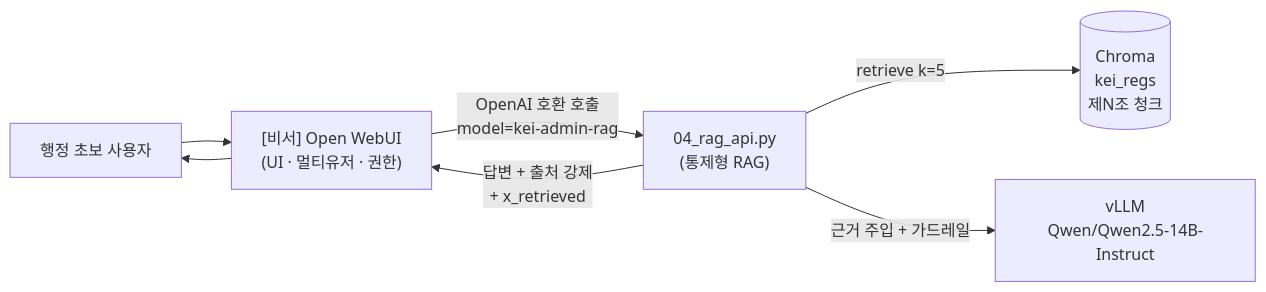
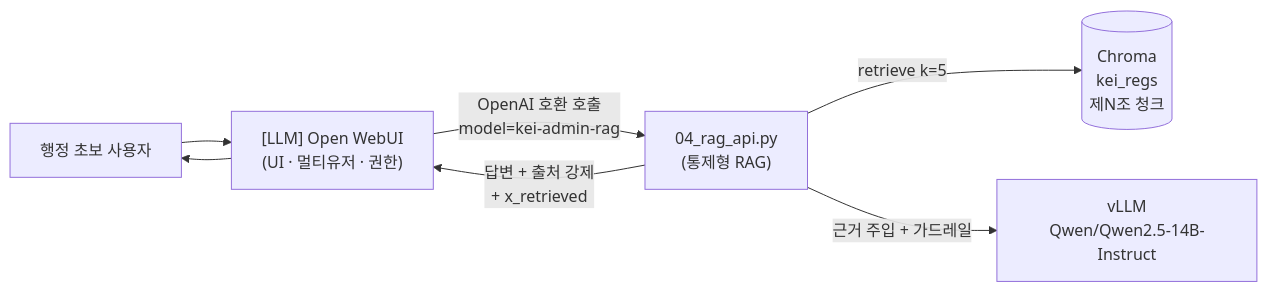
Before and after one commit to mooner92/KEIAdminSuperv: the first of 2 diagrams in docs/adr/0003-controlled-rag-api.md, drawn with Mermaid. The commit also changed other lines of this file and 91 other files, not shown here.

````diff
--- a/docs/adr/0003-controlled-rag-api.md
+++ b/docs/adr/0003-controlled-rag-api.md
@@ -30,9 +30,9 @@
 ```mermaid
 flowchart LR
-    User["행정 초보 사용자"] --> WebUI["[비서] Open WebUI<br/>(UI · 멀티유저 · 권한)"]
+    User["행정 초보 사용자"] --> WebUI["[LLM] Open WebUI<br/>(UI · 멀티유저 · 권한)"]
     WebUI -->|OpenAI 호환 호출<br/>model=kei-admin-rag| API["04_rag_api.py<br/>(통제형 RAG)"]
     API -->|retrieve k=5| DB[("Chroma<br/>kei_regs<br/>제N조 청크")]
     API -->|근거 주입 + 가드레일| LLM["vLLM<br/>Qwen/Qwen2.5-14B-Instruct"]
     API -->|답변 + 출처 강제<br/>+ x_retrieved| WebUI
     WebUI --> User
 ```
````
